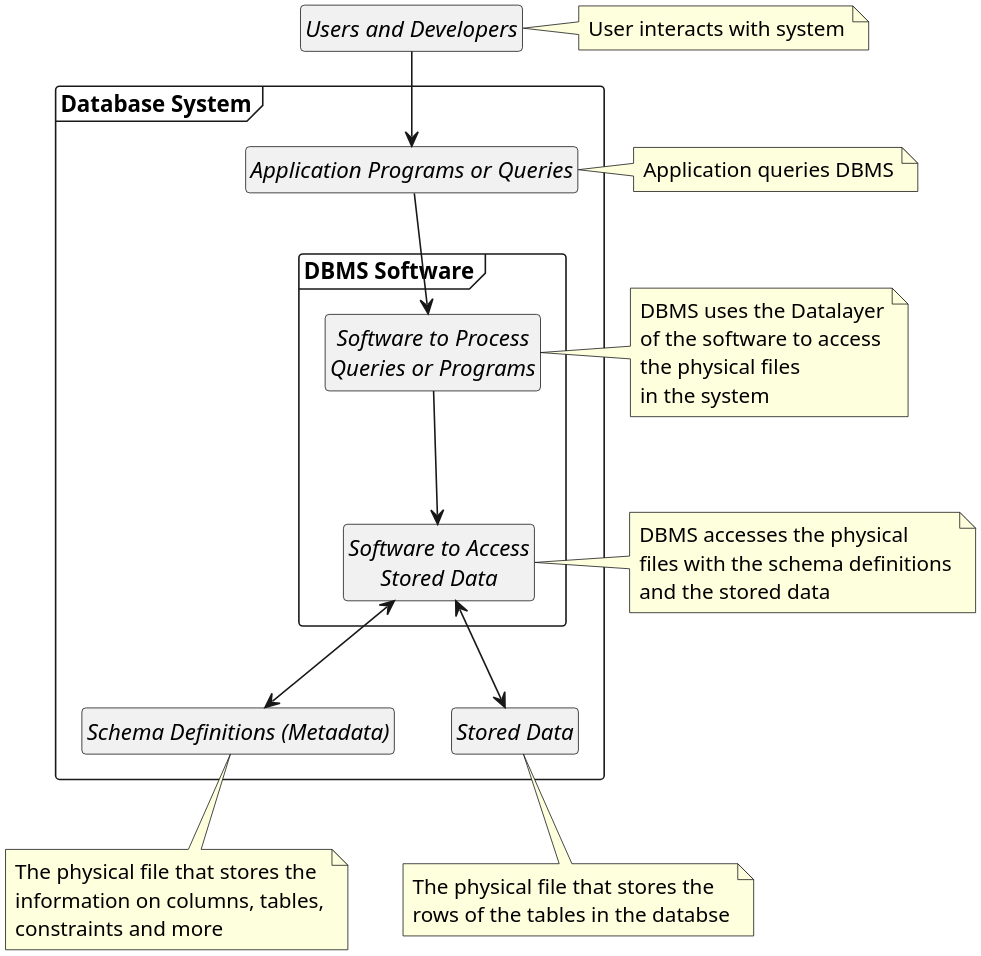
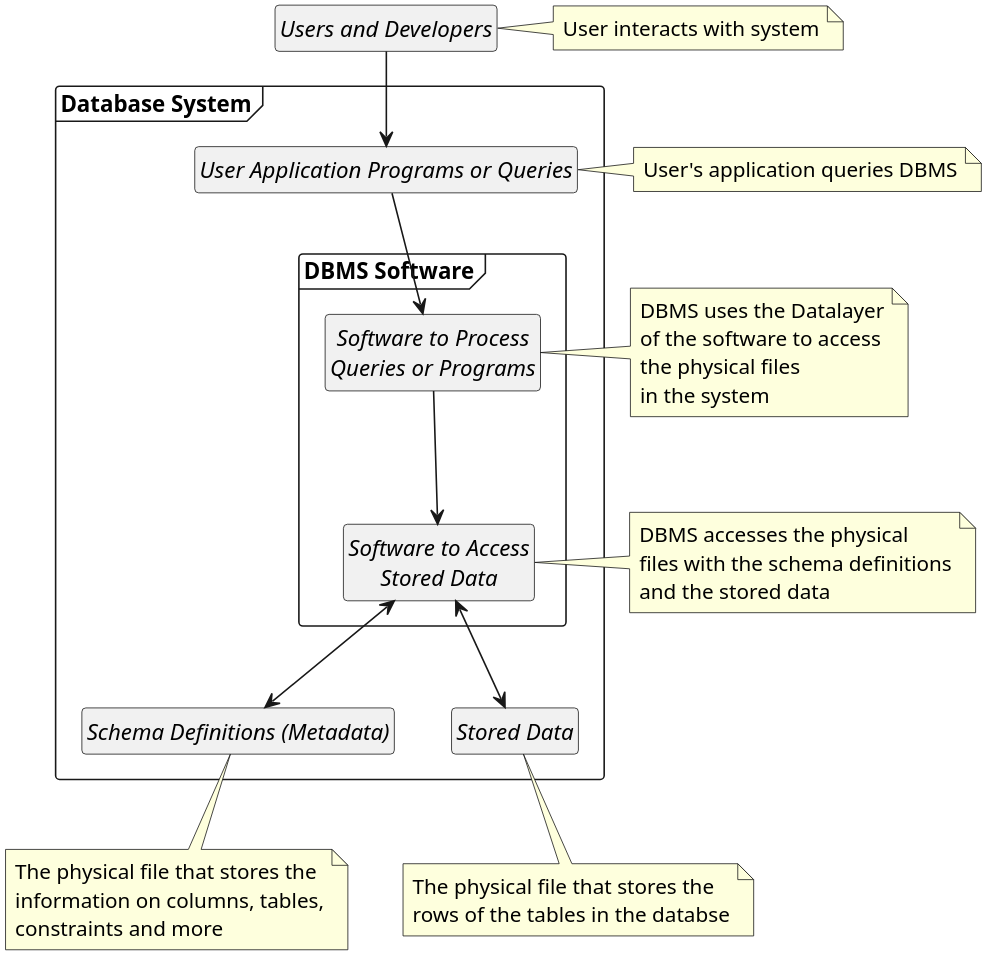
The diagram in content/1-relational-databases/figures/1.dbms-definitions.plantuml (jakobhviid/DataManagementBook), drawn with PlantUML before and after one commit. The commit also changed 1 other file, not shown here.

Commit message:
diagram update

```diff
--- a/content/1-relational-databases/figures/1.dbms-definitions.plantuml
+++ b/content/1-relational-databases/figures/1.dbms-definitions.plantuml
@@ -1,37 +1,37 @@
 @startuml
 '### Parameters ###
 scale 3
 hide empty methods
 hide empty fields
 hide circle
 
 '### Objects ###
 abstract "Users and Developers" as Users
 package "Database System" <<Frame>> {
-    abstract "Application Programs or Queries" as Queries
+    abstract "User Application Programs or Queries" as Queries
     
     package "DBMS Software" <<Frame>>{
         abstract "Software to Process\nQueries or Programs" as Process
         abstract "Software to Access\nStored Data" as AccessStoredData
     }
 
     abstract "Schema Definitions (Metadata)" as Schema
     abstract "Stored Data" as Data
 }
 
 '### Relationsips ###
 Users --> Queries
 Queries --> Process
 Process --> AccessStoredData
 AccessStoredData <--> Data
 AccessStoredData <--> Schema
 
 '### Notes ###
-note right of Users :User interacts with system
-note right of Queries : Application queries DBMS
+note right of Users : User interacts with system
+note right of Queries : User's application queries DBMS
 note right of Process : DBMS uses the Datalayer\nof the software to access\nthe physical files\nin the system
 note right of AccessStoredData : DBMS accesses the physical\nfiles with the schema definitions\nand the stored data
 note bottom of Data : The physical file that stores the\nrows of the tables in the databse
 note bottom of Schema : The physical file that stores the\ninformation on columns, tables,\nconstraints and more
 
 @enduml
```
